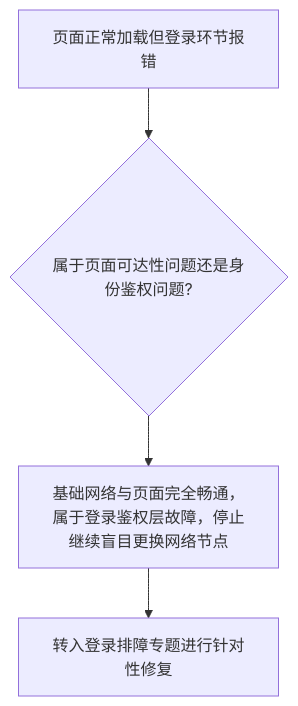
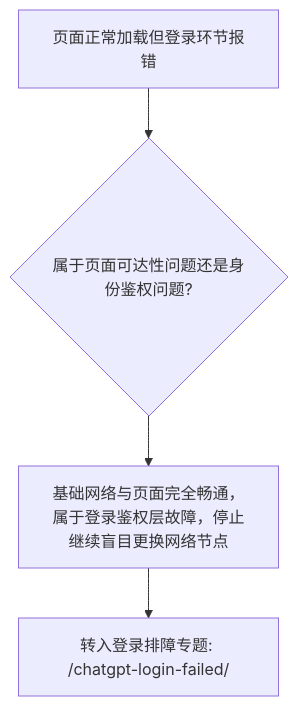
Diagram 23 of 25 in src/content/blog/chatgpt-not-working.md (qweqwe98698-tech/jichangtizi.net), drawn with Mermaid before and after one commit. The commit also changed other lines of this file and 5 other files, not shown here.

Commit message:
feat(seo): add ChatGPT Authentication & Session Failure Troubleshooting Pillar (/chatgpt-login-failed/) with 100 FAQs and full diagnostic matrix

````diff
--- a/src/content/blog/chatgpt-not-working.md
+++ b/src/content/blog/chatgpt-not-working.md
@@ -416,6 +416,6 @@
 ```mermaid
 graph TD
     D13_Start[页面正常加载但登录环节报错] --> D13_Judge{属于页面可达性问题还是身份鉴权问题?}
     D13_Judge --> D13_Div[基础网络与页面完全畅通，属于登录鉴权层故障，停止继续盲目更换网络节点]
-    D13_Div --> D13_Link[转入登录排障专题进行针对性修复]
+    D13_Div --> D13_Link["转入登录排障专题: /chatgpt-login-failed/"]
 ```
````
